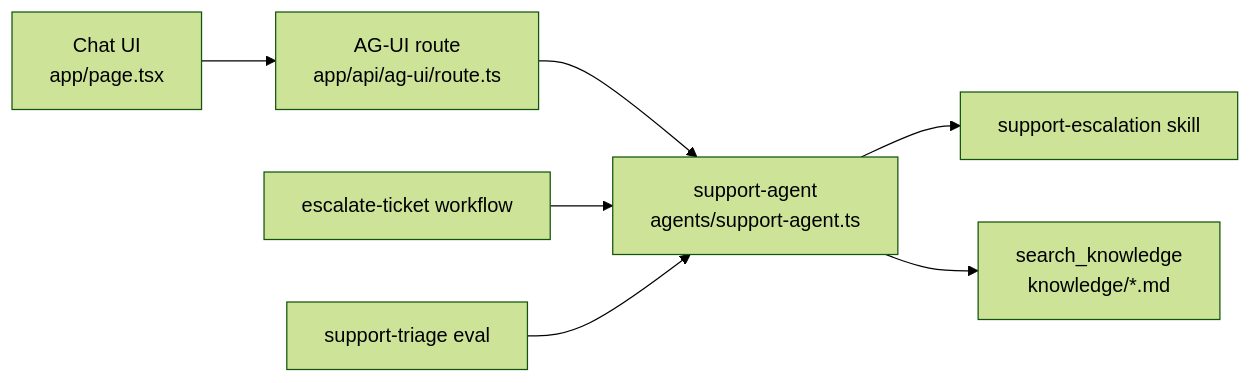
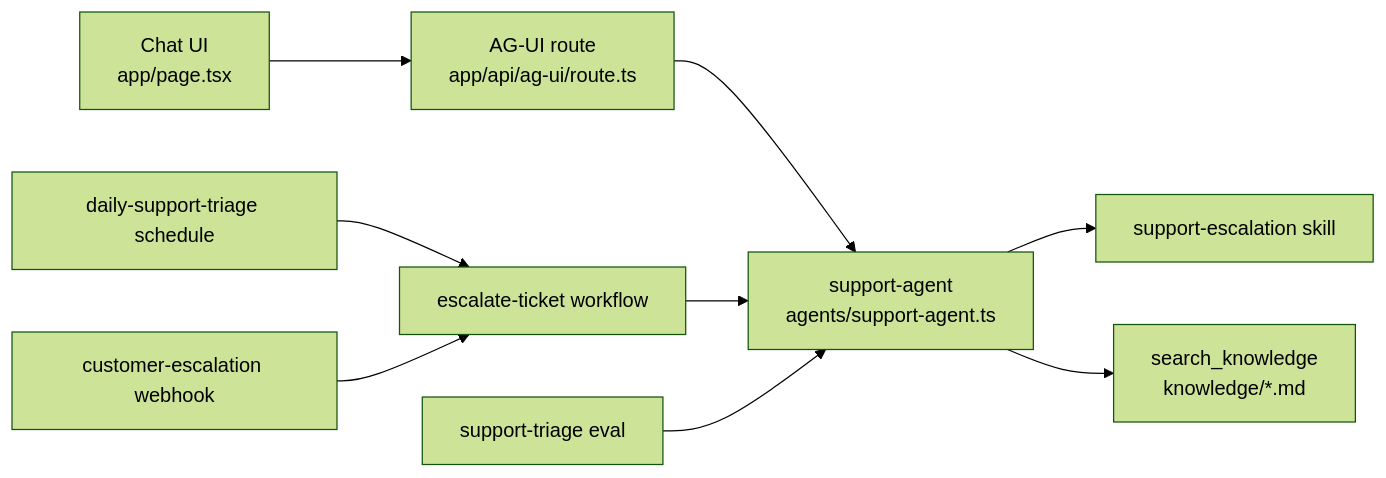
Before and after one commit to veryfront/customer-operations-agent: the diagram in README.md, drawn with Mermaid (forest theme). The commit also changed other lines of this file and 5 other files, not shown here.

````diff
--- a/README.md
+++ b/README.md
@@ -22,9 +23,11 @@
 ```mermaid
 flowchart LR
   Chat["Chat UI\napp/page.tsx"] --> Route["AG-UI route\napp/api/ag-ui/route.ts"]
   Route --> Agent["support-agent\nagents/support-agent.ts"]
   Workflow["escalate-ticket workflow"] --> Agent
   Agent --> Skill["support-escalation skill"]
   Agent --> Knowledge["search_knowledge\nknowledge/*.md"]
+  Schedule["daily-support-triage schedule"] --> Workflow
+  Webhook["customer-escalation webhook"] --> Workflow
   Eval["support-triage eval"] --> Agent
 ```
````
